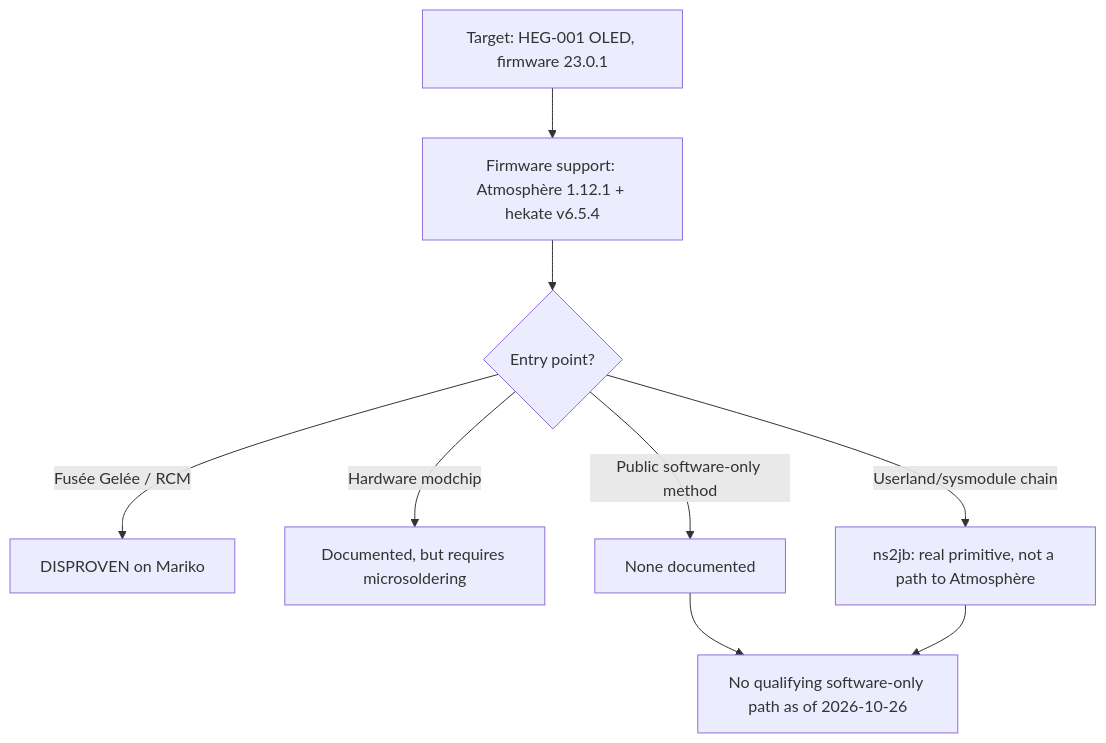
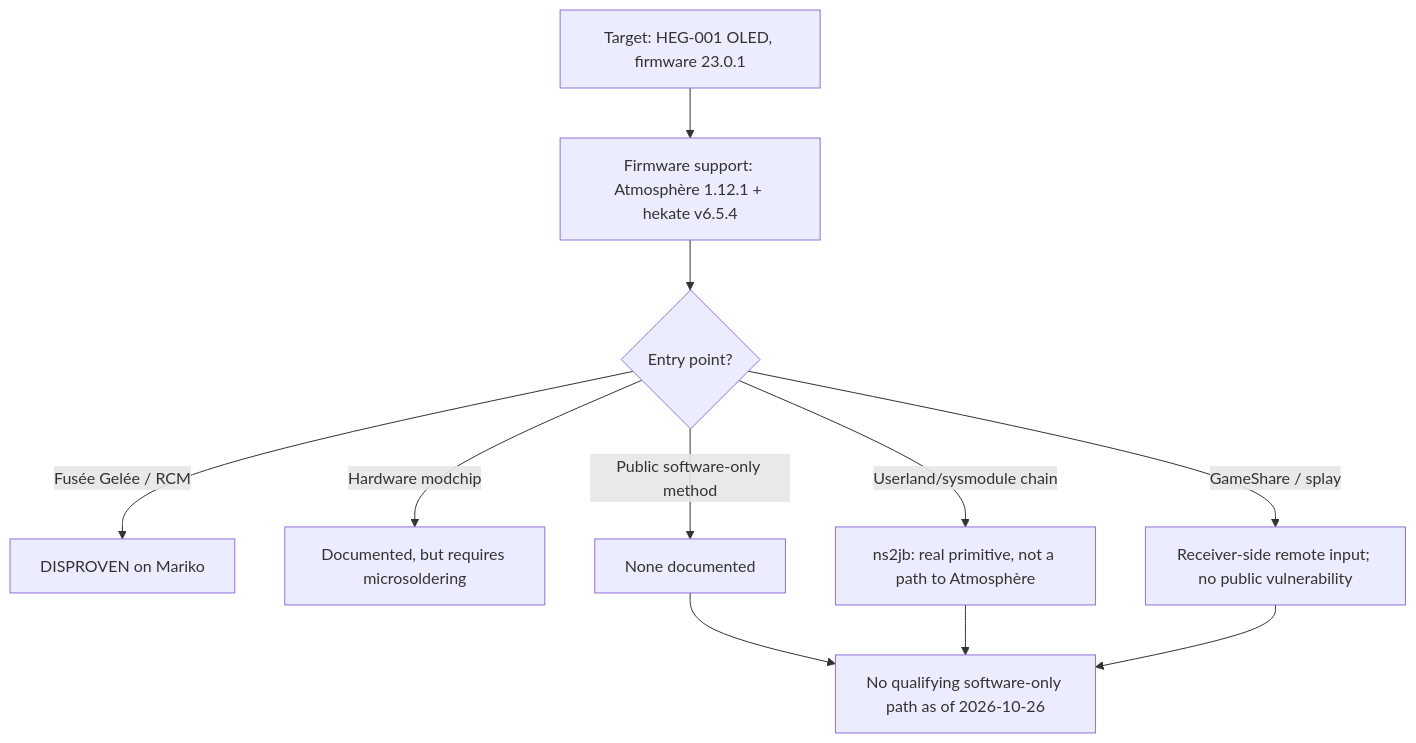
The diagram in README.md (Tirexisso1010o/TX10LED), drawn with Mermaid before and after one commit. The commit also changed other lines of this file and 9 other files, not shown here.

Commit message:
Record GameShare/splay receiver surface and latest entry-point leads

````diff
--- a/README.md
+++ b/README.md
@@ -25,11 +26,13 @@
 ```mermaid
 flowchart TD
     A["Target: HEG-001 OLED, firmware 23.0.1"] --> B["Firmware support: Atmosphère 1.12.1 + hekate v6.5.4"]
     B --> C{"Entry point?"}
     C -->|"Fusée Gelée / RCM"| D["DISPROVEN on Mariko"]
     C -->|"Hardware modchip"| E["Documented, but requires microsoldering"]
     C -->|"Public software-only method"| F["None documented"]
     C -->|"Userland/sysmodule chain"| G["ns2jb: real primitive, not a path to Atmosphère"]
+    C -->|"GameShare / splay"| I["Receiver-side remote input; no public vulnerability"]
     F --> H["No qualifying software-only path as of 2026-10-26"]
     G --> H
+    I --> H
 ```
````
